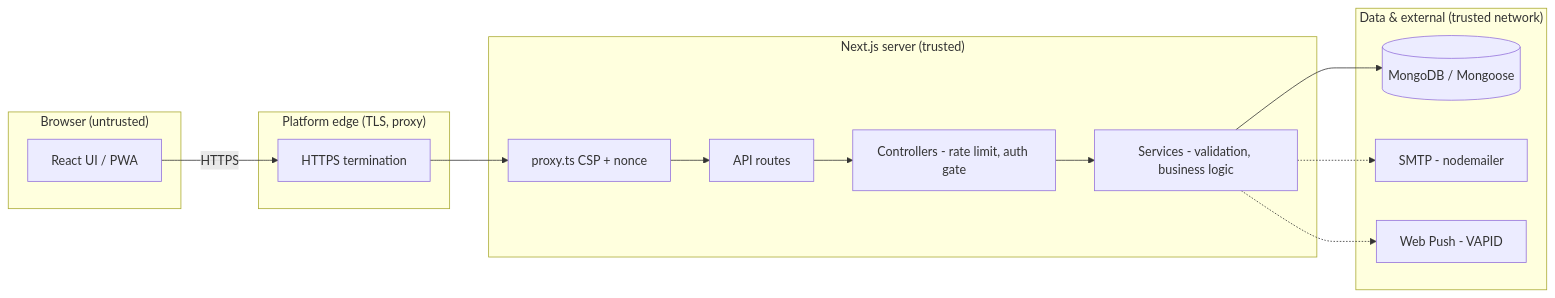
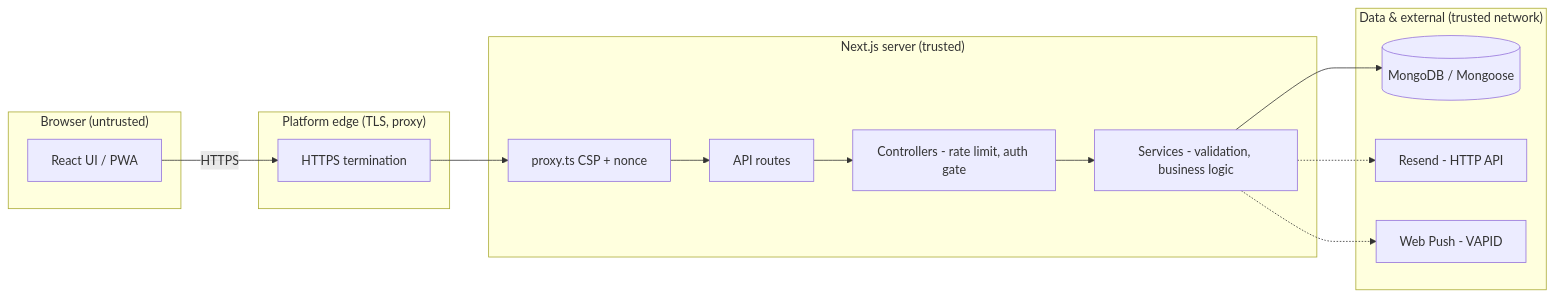
One commit to dooddles07/CYA-DV changed the first of 3 diagrams in docs/SECURITY.md. Above: the diagram before and after it, drawn with Mermaid. The commit also changed other lines of this file and 8 other files, not shown here.

Commit message:
fix(email): switch from SMTP to Resend's HTTP API, Vercel serverless can't complete SMTP handshakes

````diff
--- a/docs/SECURITY.md
+++ b/docs/SECURITY.md
@@ -96,24 +96,24 @@
 ```mermaid
 flowchart LR
   subgraph Client["Browser (untrusted)"]
     UI[React UI / PWA]
   end
   subgraph Edge["Platform edge (TLS, proxy)"]
     P[HTTPS termination]
   end
   subgraph App["Next.js server (trusted)"]
     MW[proxy.ts CSP + nonce]
     RT[API routes]
     CT[Controllers - rate limit, auth gate]
     SV[Services - validation, business logic]
   end
   subgraph Data["Data & external (trusted network)"]
     DB[(MongoDB / Mongoose)]
-    SMTP[SMTP - nodemailer]
+    SMTP[Resend - HTTP API]
     PUSH[Web Push - VAPID]
   end
 
   UI -->|HTTPS| P --> MW --> RT --> CT --> SV --> DB
   SV -.-> SMTP
   SV -.-> PUSH
 ```
````
